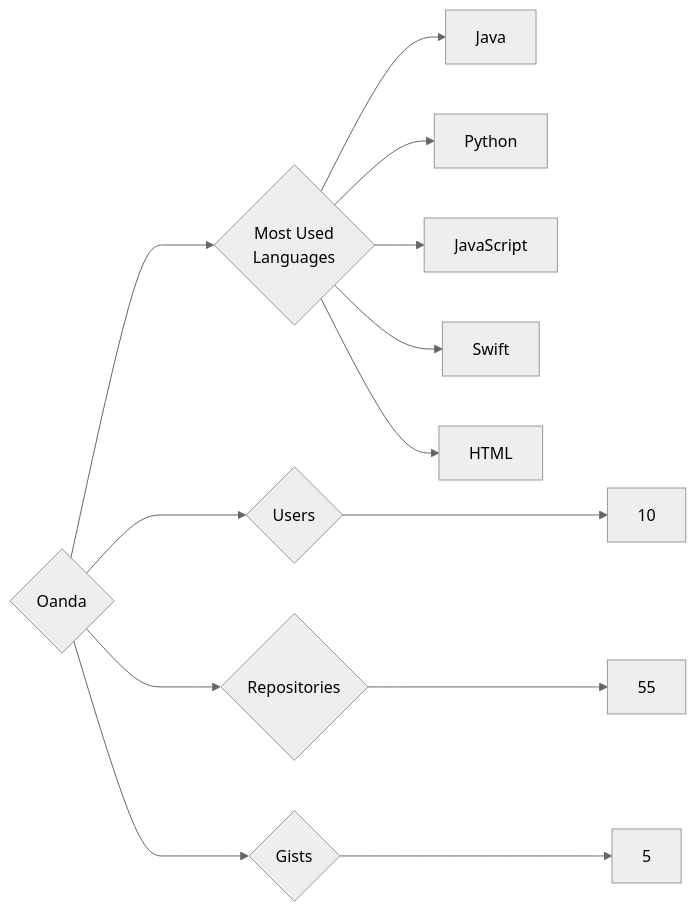
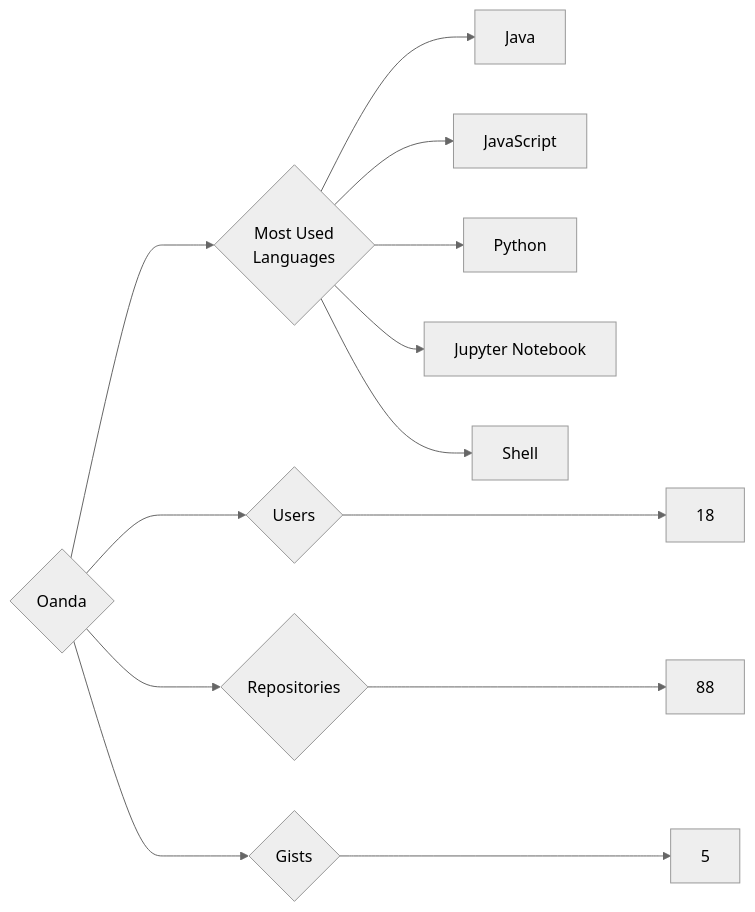
Before and after one commit to trickest/insiders: the diagram in targets/Oanda/README.md, drawn with Mermaid (neutral theme). The commit also changed 681 other files, not shown here.

````diff
--- a/targets/Oanda/README.md
+++ b/targets/Oanda/README.md
@@ -3,13 +3,13 @@
 ```mermaid
 graph LR
 COMPANY_NAME{Oanda}
-COMPANY_NAME ---> U{Users} ---> UN[10]
-COMPANY_NAME ---> R{Repositories} ---> RN[55]
+COMPANY_NAME ---> U{Users} ---> UN[18]
+COMPANY_NAME ---> R{Repositories} ---> RN[88]
 COMPANY_NAME ---> G{Gists} ---> GN[5]
 COMPANY_NAME ---> ML{Most Used<br>Languages}
 ML --> Java[Java]
+ML --> JavaScript[JavaScript]
 ML --> Python[Python]
-ML --> JavaScript[JavaScript]
-ML --> Swift[Swift]
-ML --> HTML[HTML]
+ML --> Jupyter_Notebook[Jupyter Notebook]
+ML --> Shell[Shell]
 ```
````
